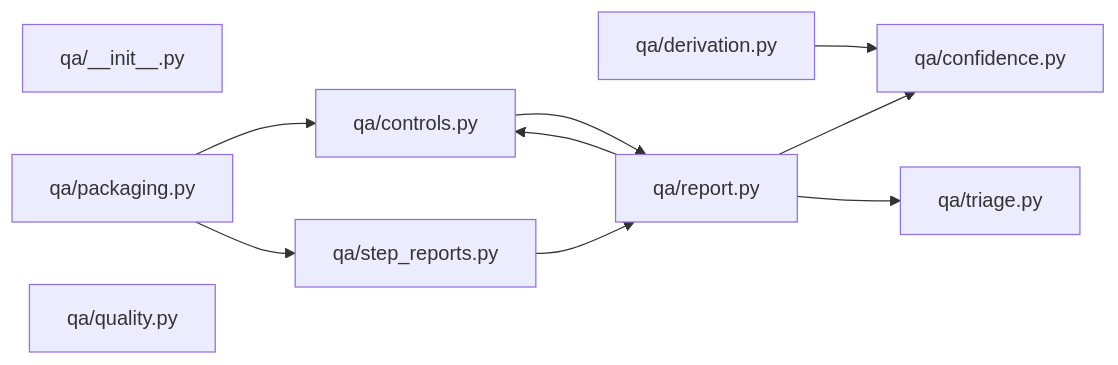
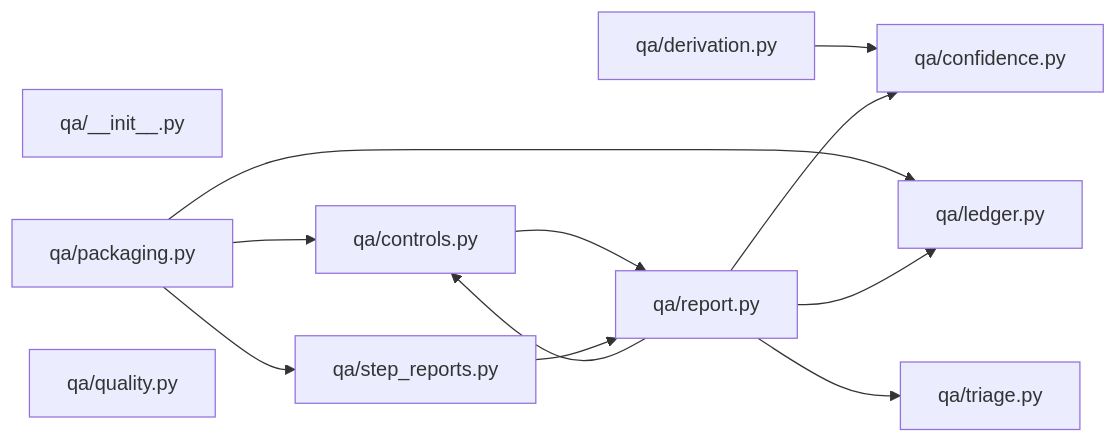
Before and after one commit to sarveshtalele/maf-harness-testing: diagram 14 of 21 in docs/ARCHITECTURE_MAP.md, drawn with Mermaid. The commit also changed other lines of this file and 6 other files, not shown here.

````diff
--- a/docs/ARCHITECTURE_MAP.md
+++ b/docs/ARCHITECTURE_MAP.md
@@ -419,20 +419,23 @@
 ```mermaid
 flowchart LR
   f0["qa/__init__.py"]
   f1["qa/confidence.py"]
   f2["qa/controls.py"]
   f3["qa/derivation.py"]
-  f4["qa/packaging.py"]
-  f5["qa/quality.py"]
-  f6["qa/report.py"]
-  f7["qa/step_reports.py"]
-  f8["qa/triage.py"]
-  f2 --> f6
+  f4["qa/ledger.py"]
+  f5["qa/packaging.py"]
+  f6["qa/quality.py"]
+  f7["qa/report.py"]
+  f8["qa/step_reports.py"]
+  f9["qa/triage.py"]
+  f2 --> f7
   f3 --> f1
-  f4 --> f2
-  f4 --> f7
-  f6 --> f1
-  f6 --> f2
-  f6 --> f8
-  f7 --> f6
+  f5 --> f2
+  f5 --> f4
+  f5 --> f8
+  f7 --> f1
+  f7 --> f2
+  f7 --> f4
+  f7 --> f9
+  f8 --> f7
 ```
````
